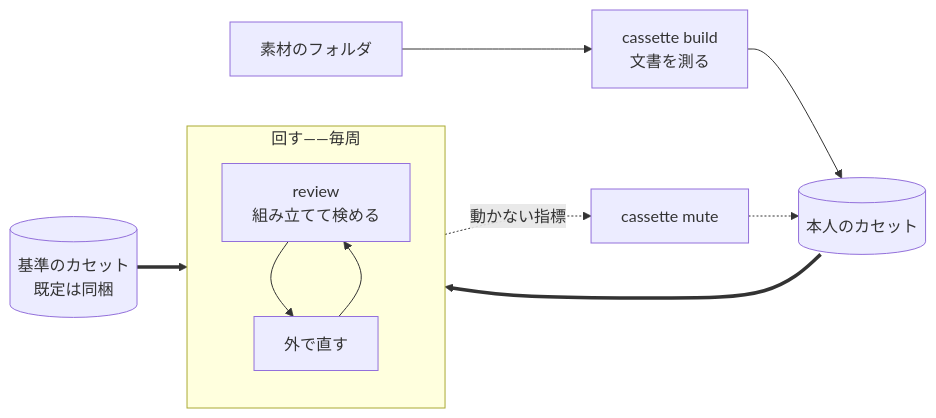
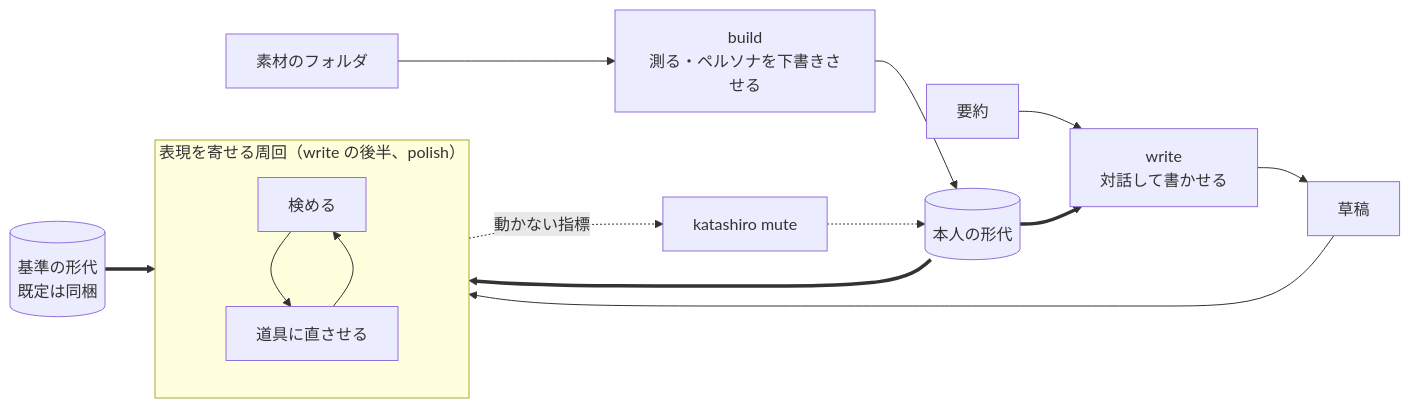
One commit to lambdalisue/kuchiyose changed the diagram in docs/design/200-command.md. Above: the diagram before and after it, drawn with Mermaid. The commit also changed other lines of this file and 207 other files, not shown here.

````diff
--- a/docs/design/200-command.md
+++ b/docs/design/200-command.md
@@ -15,15 +19,19 @@
 ```mermaid
 flowchart LR
-  src["素材のフォルダ"] --> build["cassette build<br/>文書を測る"]
-  build --> kb[("本人のカセット")]
-  pool[("基準のカセット<br/>既定は同梱")]
-  subgraph loop["回す——毎周"]
+  src["素材のフォルダ"] --> build["build<br/>測る・ペルソナを下書きさせる"]
+  build --> kb[("本人の形代")]
+  pool[("基準の形代<br/>既定は同梱")]
+  brief["要約"] --> write["write<br/>対話して書かせる"]
+  kb ==> write
+  write --> draft["草稿"]
+  draft --> polish
+  subgraph polish["表現を寄せる周回（write の後半、polish）"]
     direction TB
-    review["review<br/>組み立てて検める"] --> fix["外で直す"]
+    review["検める"] --> fix["道具に直させる"]
     fix --> review
   end
-  kb ==> review
-  pool ==> review
-  review -. 動かない指標 .-> mute["cassette mute"]
+  kb ==> polish
+  pool ==> polish
+  polish -. 動かない指標 .-> mute["katashiro mute"]
   mute -.-> kb
 ```
````
